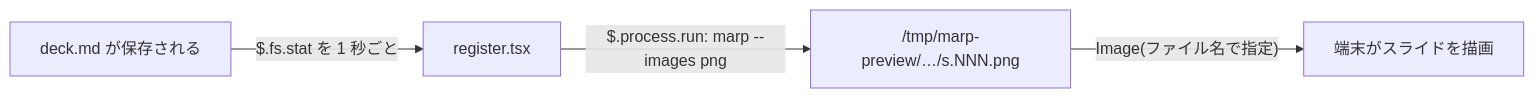
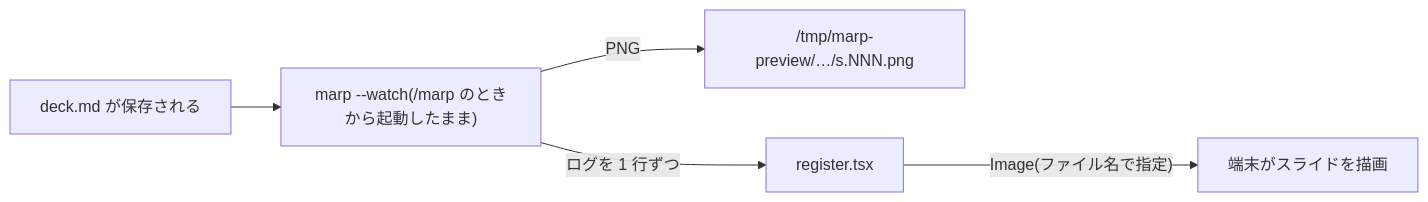
Before and after one commit to nogu66/marp-preview: the diagram in README.ja.md, drawn with Mermaid. The commit also changed other lines of this file and 6 other files, not shown here.

First line of the commit message:
feat: keep marp running in watch mode, look after it and stop it with the pane

````diff
--- a/README.ja.md
+++ b/README.ja.md
@@ -68,6 +68,7 @@
 ```mermaid
 flowchart LR
-  F[deck.md が保存される] -->|"$.fs.stat を 1 秒ごと"| H[register.tsx]
-  H -->|"$.process.run: marp --images png"| P["/tmp/marp-preview/…/s.NNN.png"]
-  P -->|"Image(ファイル名で指定)"| T[端末がスライドを描画]
+  F[deck.md が保存される] --> M["marp --watch(/marp のときから起動したまま)"]
+  M -->|"PNG"| P["/tmp/marp-preview/…/s.NNN.png"]
+  M -->|"ログを 1 行ずつ"| H[register.tsx]
+  H -->|"Image(ファイル名で指定)"| T[端末がスライドを描画]
 ```
````
